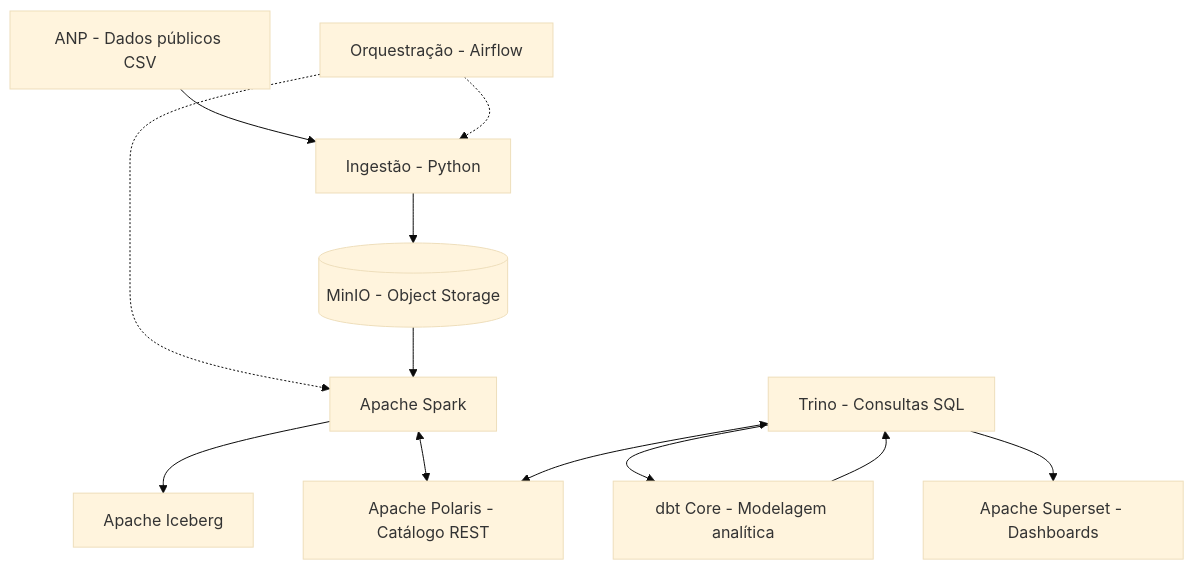
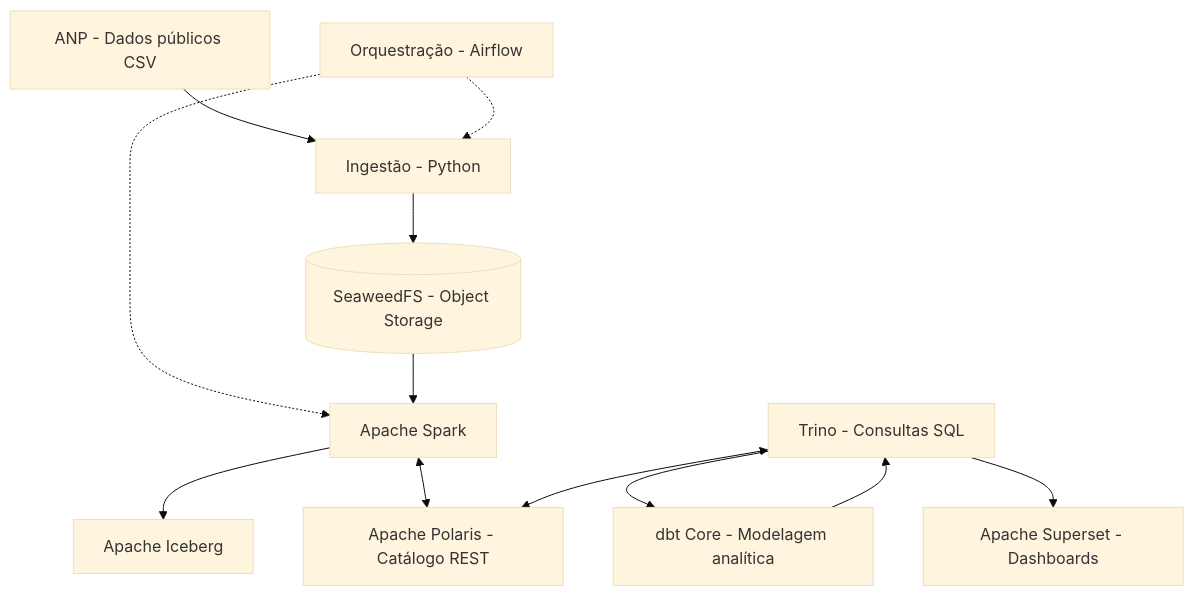
The diagram in docs/architecture/overview.md (jeffersonjcd/brazilian-fuel-data-lakehouse), drawn with Mermaid (base theme) before and after one commit. The commit also changed other lines of this file and 1 other file, not shown here.

Commit message:
docs: replace MinIO with SeaweedFS

````diff
--- a/docs/architecture/overview.md
+++ b/docs/architecture/overview.md
@@ -15,25 +15,25 @@
 ```mermaid
 flowchart TD
     ANP["ANP - Dados públicos CSV"]
     ING["Ingestão - Python"]
     AIR["Orquestração - Airflow"]
-    MINIO[("MinIO - Object Storage")]
+    OBJ[("SeaweedFS - Object Storage")]
     SPARK["Apache Spark"]
     ICE["Apache Iceberg"]
     POL["Apache Polaris - Catálogo REST"]
     TRINO["Trino - Consultas SQL"]
     DBT["dbt Core - Modelagem analítica"]
     BI["Apache Superset - Dashboards"]
 
     ANP --> ING
     AIR -.-> ING
     AIR -.-> SPARK
-    ING --> MINIO
-    MINIO --> SPARK
+    ING --> OBJ
+    OBJ --> SPARK
     SPARK --> ICE
     SPARK <--> POL
     TRINO <--> POL
     TRINO --> DBT
     DBT --> TRINO
     TRINO --> BI
 ```
````
